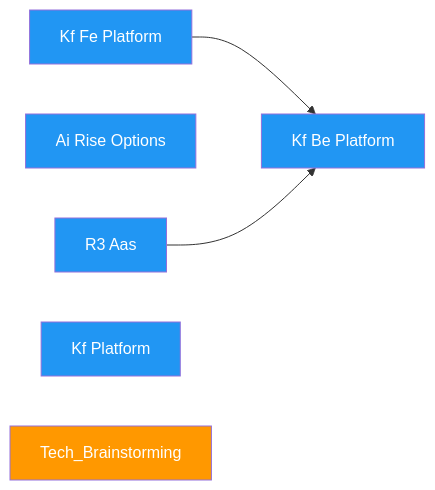
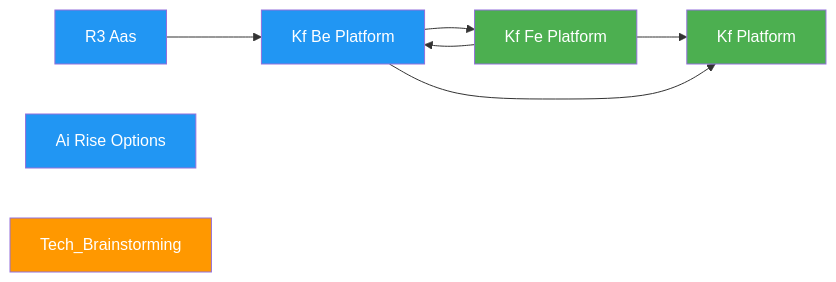
The diagram in docs/dependency-graph.md (Katty-Fashion/kf-cpto), drawn with Mermaid before and after one commit. The commit also changed other lines of this file and 16 other files, not shown here.

````diff
--- a/docs/dependency-graph.md
+++ b/docs/dependency-graph.md
@@ -10,15 +10,18 @@
 ```mermaid
 graph LR
     R3_AAS["R3 Aas"]:::eu
     ai_rise_options["Ai Rise Options"]:::eu
     kf_be_platform["Kf Be Platform"]:::eu
-    kf_fe_platform["Kf Fe Platform"]:::eu
-    kf_platform["Kf Platform"]:::eu
+    kf_fe_platform["Kf Fe Platform"]:::saas
+    kf_platform["Kf Platform"]:::saas
     tech_brainstorming["Tech_Brainstorming"]:::internal
     kf_fe_platform --> kf_be_platform
     R3_AAS --> kf_be_platform
+    kf_be_platform --> kf_fe_platform
+    kf_fe_platform --> kf_platform
+    kf_be_platform --> kf_platform
 
     classDef saas fill:#4CAF50,color:#fff
     classDef eu fill:#2196F3,color:#fff
     classDef internal fill:#FF9800,color:#fff
 ```
````
